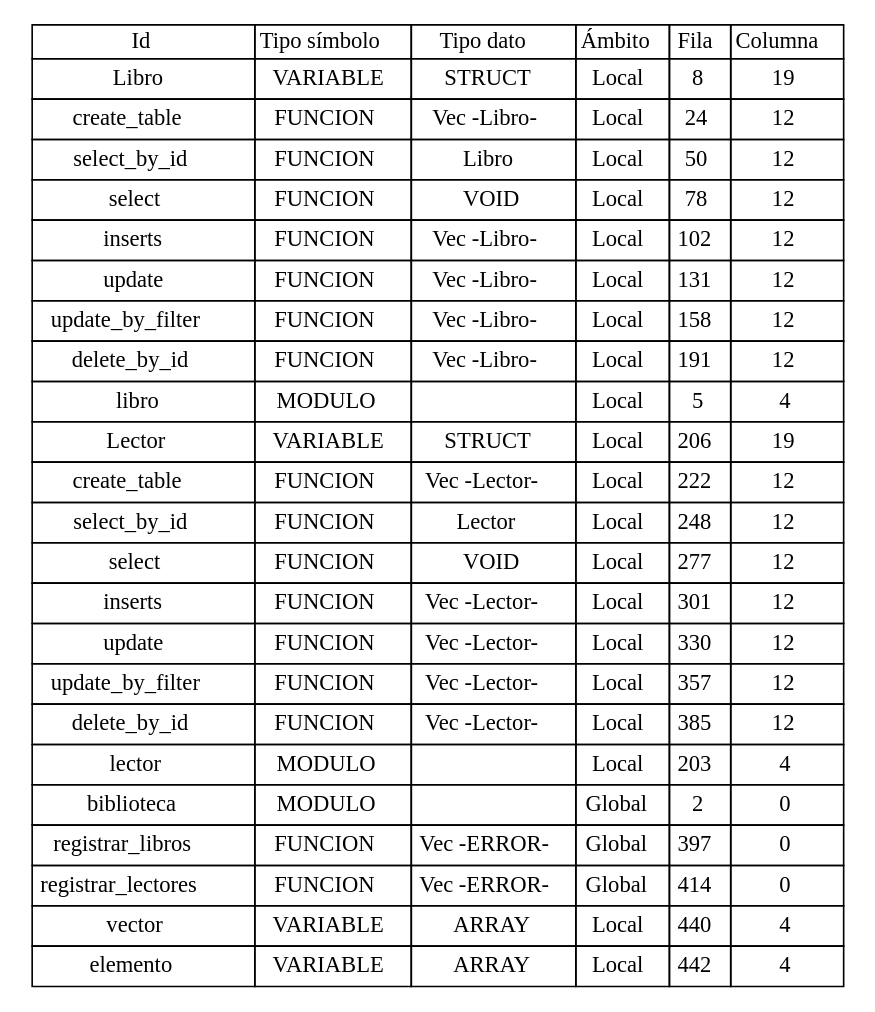
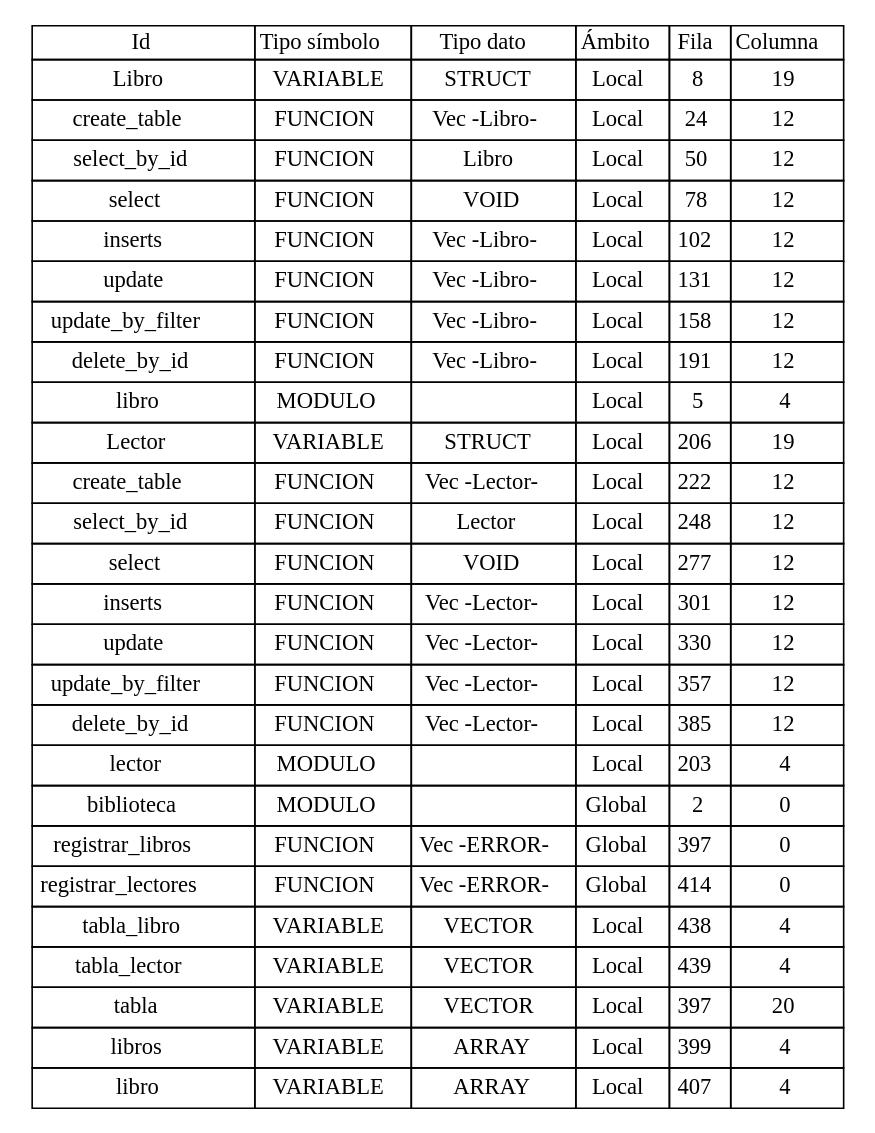
One commit to Jodyannre/COMPI2_proyecto1_2022 changed the diagram in Back/Web/tablas/tablaSimbolos.dot. Above: the diagram before and after it, drawn with Graphviz. The commit also changed 4 other files, not shown here.

```diff
--- a/Back/Web/tablas/tablaSimbolos.dot
+++ b/Back/Web/tablas/tablaSimbolos.dot
@@ -393,7 +393,61 @@
 
 <tr>
 <td cellpadding='4'>
-vector
+tabla_libro
+</td>
+<td cellpadding='4'>VARIABLE
+</td>
+<td cellpadding='4'>VECTOR
+</td>
+<td cellpadding='4'>Local
+</td>
+<td cellpadding='4'>
+438
+</td>
+<td cellpadding='4'>
+4
+</td>
+</tr>
+
+<tr>
+<td cellpadding='4'>
+tabla_lector
+</td>
+<td cellpadding='4'>VARIABLE
+</td>
+<td cellpadding='4'>VECTOR
+</td>
+<td cellpadding='4'>Local
+</td>
+<td cellpadding='4'>
+439
+</td>
+<td cellpadding='4'>
+4
+</td>
+</tr>
+
+<tr>
+<td cellpadding='4'>
+tabla
+</td>
+<td cellpadding='4'>VARIABLE
+</td>
+<td cellpadding='4'>VECTOR
+</td>
+<td cellpadding='4'>Local
+</td>
+<td cellpadding='4'>
+397
+</td>
+<td cellpadding='4'>
+20
+</td>
+</tr>
+
+<tr>
+<td cellpadding='4'>
+libros
 </td>
 <td cellpadding='4'>VARIABLE
 </td>
@@ -402,7 +456,7 @@
 <td cellpadding='4'>Local
 </td>
 <td cellpadding='4'>
-440
+399
 </td>
 <td cellpadding='4'>
 4
@@ -411,7 +465,7 @@
 
 <tr>
 <td cellpadding='4'>
-elemento
+libro
 </td>
 <td cellpadding='4'>VARIABLE
 </td>
@@ -420,7 +474,7 @@
 <td cellpadding='4'>Local
 </td>
 <td cellpadding='4'>
-442
+407
 </td>
 <td cellpadding='4'>
 4
```
